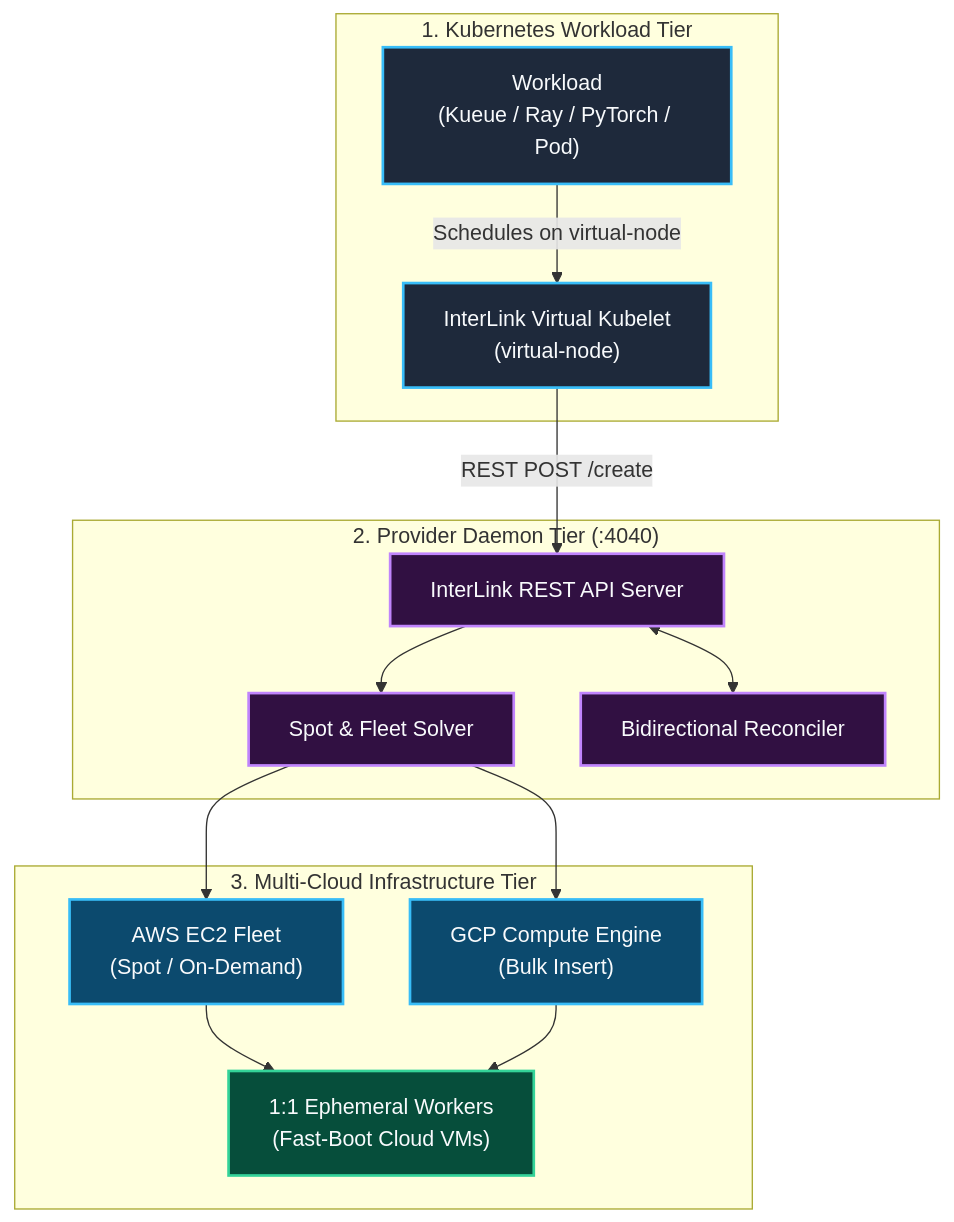
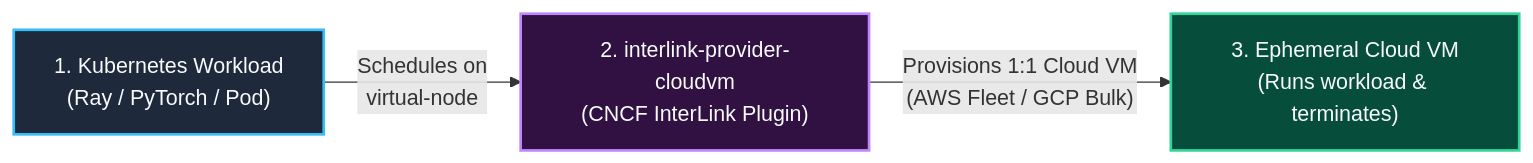
One commit to simonepri/interlink-cloudvm-plugin changed the first of 4 diagrams in readme.md. Above: the diagram before and after it, drawn with Mermaid. The commit also changed other lines of this file, not shown here.

````diff
--- a/readme.md
+++ b/readme.md
@@ -49,33 +51,10 @@
 ```mermaid
-flowchart TD
+flowchart LR
     classDef k8s fill:#1E293B,stroke:#38BDF8,stroke-width:2px,color:#F8FAFC
-    classDef daemon fill:#311042,stroke:#C084FC,stroke-width:2px,color:#F8FAFC
-    classDef cloud fill:#0C4A6E,stroke:#38BDF8,stroke-width:2px,color:#F8FAFC
-    classDef vm fill:#064E3B,stroke:#34D399,stroke-width:2px,color:#F8FAFC
+    classDef plugin fill:#311042,stroke:#C084FC,stroke-width:2px,color:#F8FAFC
+    classDef cloud fill:#064E3B,stroke:#34D399,stroke-width:2px,color:#F8FAFC
 
-    subgraph K8s["1. Kubernetes Workload Tier"]
-        Workload["Workload\n(Kueue / Ray / PyTorch / Pod)"]:::k8s
-        VK["InterLink Virtual Kubelet\n(virtual-node)"]:::k8s
-        Workload -->|Schedules on virtual-node| VK
-    end
-
-    subgraph Provider["2. Provider Daemon Tier (:4040)"]
-        Server["InterLink REST API Server"]:::daemon
-        Solver["Spot & Fleet Solver"]:::daemon
-        Reconciler["Bidirectional Reconciler"]:::daemon
-        Server --> Solver
-        Server <--> Reconciler
-    end
-
-    subgraph Infrastructure["3. Multi-Cloud Infrastructure Tier"]
-        AWS["AWS EC2 Fleet\n(Spot / On-Demand)"]:::cloud
-        GCP["GCP Compute Engine\n(Bulk Insert)"]:::cloud
-        VMs["1:1 Ephemeral Workers\n(Fast-Boot Cloud VMs)"]:::vm
-        AWS --> VMs
-        GCP --> VMs
-    end
-
-    VK -->|REST POST /create| Server
-    Solver --> AWS
-    Solver --> GCP
+    A["1. Kubernetes Workload\n(Ray / PyTorch / Pod)"]:::k8s 
+    -->|"Schedules on\nvirtual-node"| B["2. interlink-provider-cloudvm\n(CNCF InterLink Plugin)"]:::plugin
+    -->|"Provisions 1:1 Cloud VM\n(AWS Fleet / GCP Bulk)"| C["3. Ephemeral Cloud VM\n(Runs workload & terminates)"]:::cloud
 ```
````
